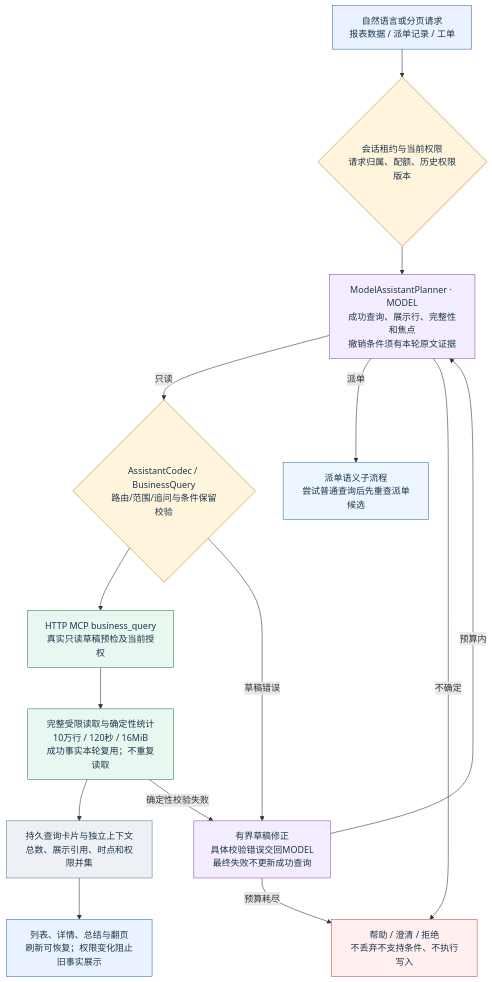
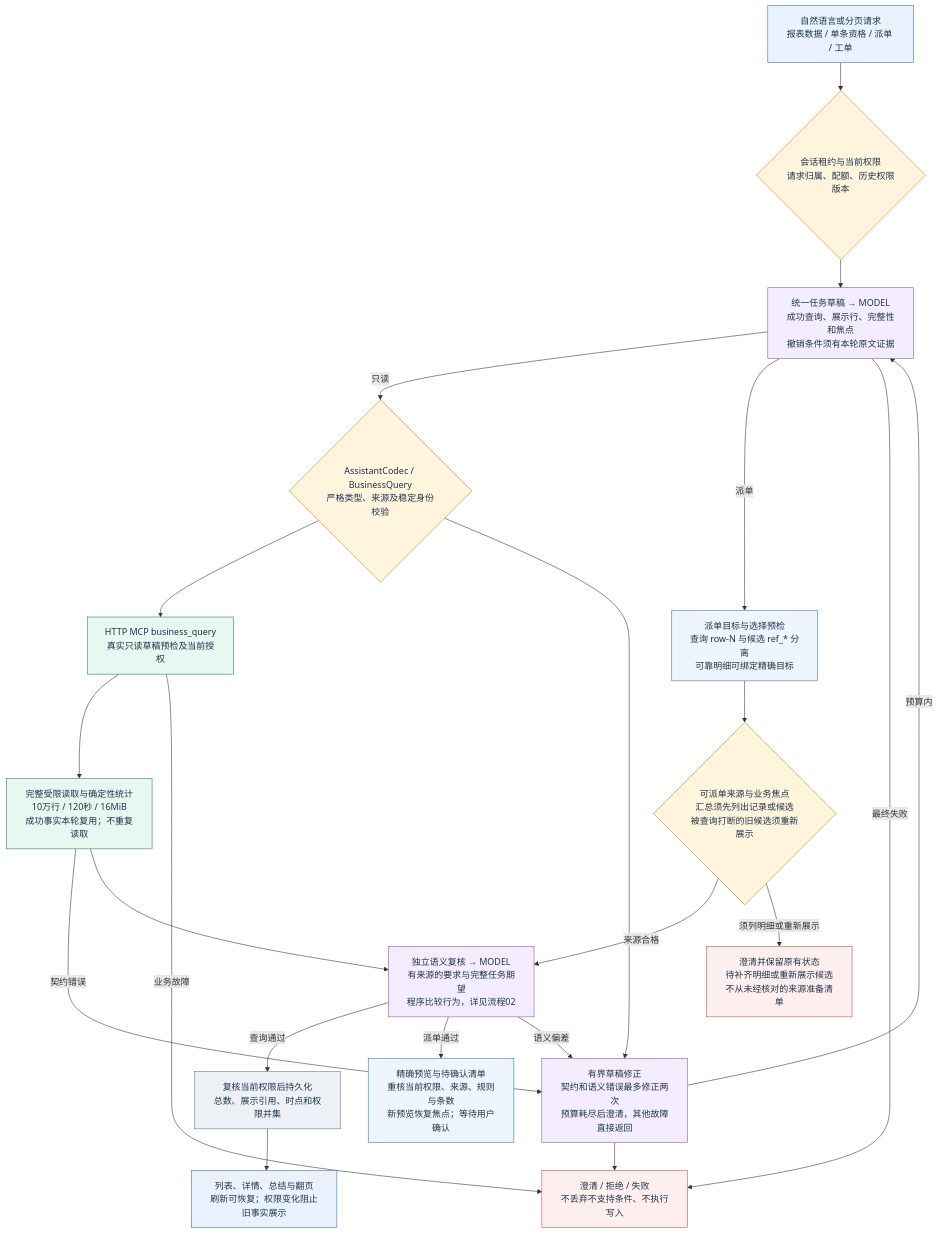
One commit to QSZJAVA/agent_demo changed the diagram in docs/diagrams/demo-final/09.mmd. Above: the diagram before and after it, drawn with Mermaid. The commit also changed 333 other files, not shown here.

```diff
--- a/docs/diagrams/demo-final/09.mmd
+++ b/docs/diagrams/demo-final/09.mmd
@@ -1,32 +1,43 @@
 flowchart TD
-  input["自然语言或分页请求<br/>报表数据 / 派单记录 / 工单"]:::ui
+  input["自然语言或分页请求<br/>报表数据 / 单条资格 / 派单 / 工单"]:::ui
   lease{"会话租约与当前权限<br/>请求归属、配额、历史权限版本"}:::guard
-  model["ModelAssistantPlanner · MODEL<br/>成功查询、展示行、完整性和焦点<br/>撤销条件须有本轮原文证据"]:::model
-  dispatch["派单语义子流程<br/>尝试普通查询后先重查派单候选"]:::agent
-  query{"AssistantCodec / BusinessQuery<br/>路由/范围/追问与条件保留校验"}:::guard
-  clarify["帮助 / 澄清 / 拒绝<br/>不丢弃不支持条件、不执行写入"]:::error
+  model["统一任务草稿 → MODEL<br/>成功查询、展示行、完整性和焦点<br/>撤销条件须有本轮原文证据"]:::model
+  dispatch["派单目标与选择预检<br/>查询 row-N 与候选 ref_* 分离<br/>可靠明细可绑定精确目标"]:::agent
+  source{"可派单来源与业务焦点<br/>汇总须先列出记录或候选<br/>被查询打断的旧候选须重新展示"}:::guard
+  sourcefail["澄清并保留原有状态<br/>待补齐明细或重新展示候选<br/>不从未经核对的来源准备清单"]:::error
+  query{"AssistantCodec / BusinessQuery<br/>严格类型、来源及稳定身份校验"}:::guard
+  clarify["澄清 / 拒绝 / 失败<br/>不丢弃不支持条件、不执行写入"]:::error
   mcp["HTTP MCP business_query<br/>真实只读草稿预检及当前授权"]:::business
   facts["完整受限读取与确定性统计<br/>10万行 / 120秒 / 16MiB<br/>成功事实本轮复用；不重复读取"]:::business
-  card["持久查询卡片与独立上下文<br/>总数、展示引用、时点和权限并集"]:::store
+  card["复核当前权限后持久化<br/>总数、展示引用、时点和权限并集"]:::store
   ui["列表、详情、总结与翻页<br/>刷新可恢复；权限变化阻止旧事实展示"]:::ui
-  repair["有界草稿修正<br/>具体校验错误交回MODEL<br/>最终失败不更新成功查询"]:::model
+  repair["有界草稿修正<br/>契约和语义错误最多修正两次<br/>预算耗尽后澄清，其他故障直接返回"]:::model
+  review["独立语义复核 → MODEL<br/>有来源的要求与完整任务期望<br/>程序比较行为，详见流程02"]:::model
+  prepare["精确预览与待确认清单<br/>重核当前权限、来源、规则与条数<br/>新预览恢复焦点；等待用户确认"]:::agent
   input --> lease
   lease --> model
   model -->|"只读"| query
   model -->|"派单"| dispatch
-  model -->|"不确定"| clarify
+  model -->|"最终失败"| clarify
   query --> mcp
   mcp --> facts
-  facts --> card
   card --> ui
-  query -->|"草稿错误"| repair
-  facts -->|"确定性校验失败"| repair
+  query --> repair
+  facts -->|"契约错误"| repair
   repair -->|"预算内"| model
-  repair -->|"预算耗尽"| clarify
+  repair --> clarify
+  facts --> review
+  dispatch --> source
+  source -->|"来源合格"| review
+  source -->|"须列明细或重新展示"| sourcefail
+  review -->|"查询通过"| card
+  review -->|"派单通过"| prepare
+  review -->|"语义偏差"| repair
+  mcp -->|"业务故障"| clarify
   classDef ui fill:#eaf2ff,stroke:#386bc1,color:#1e354c
   classDef agent fill:#edf5ff,stroke:#3778a8,color:#1e354c
   classDef model fill:#f3edff,stroke:#8751bf,color:#1e354c
   classDef business fill:#e8f7ef,stroke:#268255,color:#1e354c
   classDef guard fill:#fff4dc,stroke:#b58022,color:#1e354c
   classDef error fill:#fff0ef,stroke:#ba534e,color:#1e354c
   classDef store fill:#edf1f5,stroke:#60768b,color:#1e354c
```
